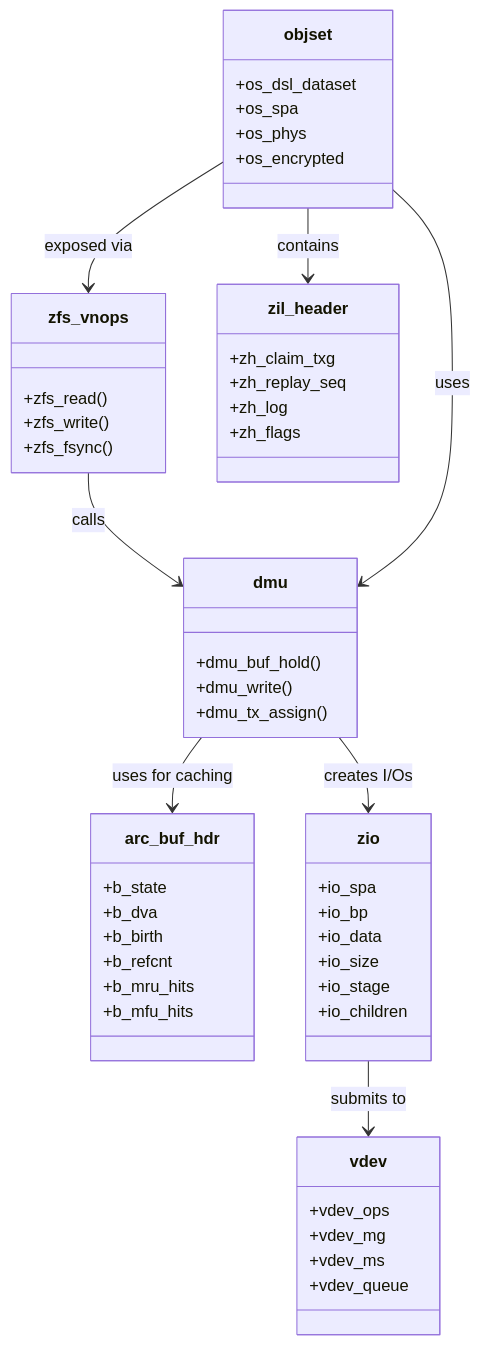
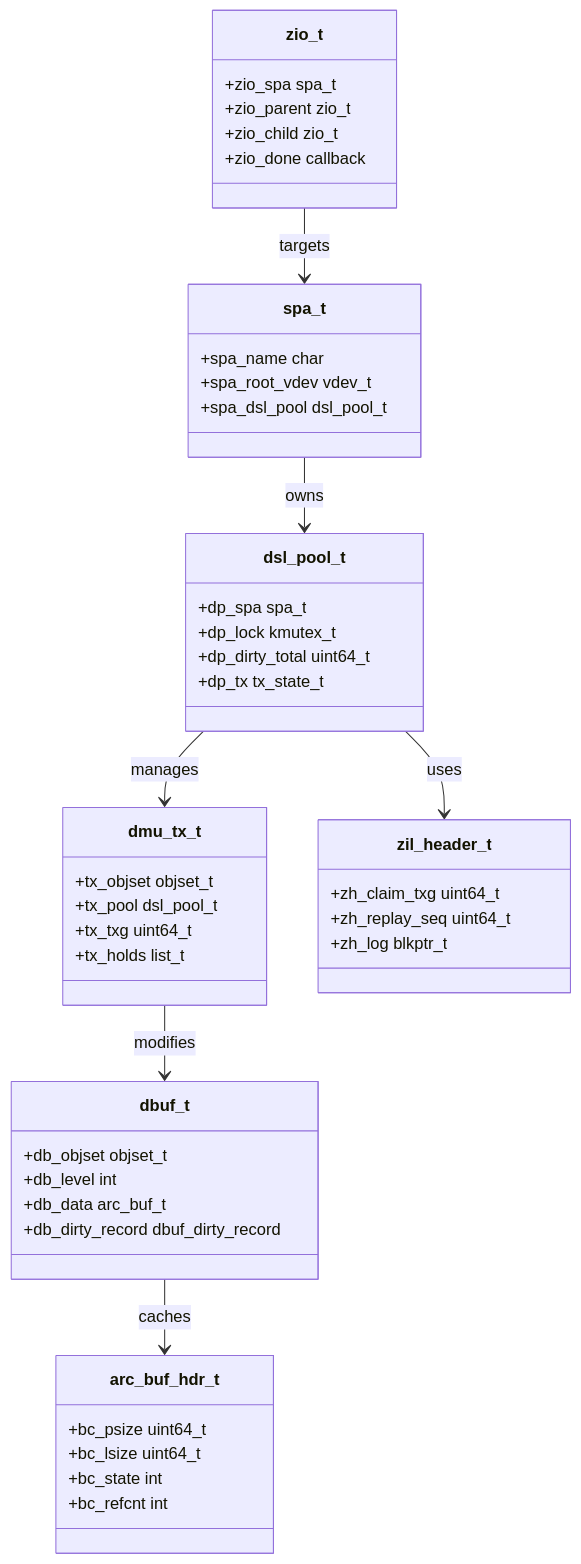
The diagram in sys/contrib/openzfs/README_freebsd.md (ocochard/freebsd-src), drawn with Mermaid before and after one commit. The commit also changed other lines of this file and 25 other files, not shown here.

````diff
--- a/sys/contrib/openzfs/README_freebsd.md
+++ b/sys/contrib/openzfs/README_freebsd.md
@@ -283,61 +113,49 @@
 ```mermaid
 classDiagram
-    class zfs_vnops {
-        +zfs_read()
-        +zfs_write()
-        +zfs_fsync()
-    }
-
-    class dmu {
-        +dmu_buf_hold()
-        +dmu_write()
-        +dmu_tx_assign()
-    }
-
-    class arc_buf_hdr {
-        +b_state
-        +b_dva
-        +b_birth
-        +b_refcnt
-        +b_mru_hits
-        +b_mfu_hits
-    }
-
-    class zio {
-        +io_spa
-        +io_bp
-        +io_data
-        +io_size
-        +io_stage
-        +io_children
-    }
-
-    class vdev {
-        +vdev_ops
-        +vdev_mg
-        +vdev_ms
-        +vdev_queue
-    }
-
-    class zil_header {
-        +zh_claim_txg
-        +zh_replay_seq
-        +zh_log
-        +zh_flags
-    }
-
-    class objset {
-        +os_dsl_dataset
-        +os_spa
-        +os_phys
-        +os_encrypted
-    }
-
-    zfs_vnops --> dmu : calls
-    dmu --> arc_buf_hdr : uses for caching
-    dmu --> zio : creates I/Os
-    zio --> vdev : submits to
-    objset --> zil_header : contains
-    objset --> dmu : uses
-    objset --> zfs_vnops : exposed via
+  class spa_t {
+    +spa_name char
+    +spa_root_vdev vdev_t
+    +spa_dsl_pool dsl_pool_t
+  }
+  class dsl_pool_t {
+    +dp_spa spa_t
+    +dp_lock kmutex_t
+    +dp_dirty_total uint64_t
+    +dp_tx tx_state_t
+  }
+  class dmu_tx_t {
+    +tx_objset objset_t
+    +tx_pool dsl_pool_t
+    +tx_txg uint64_t
+    +tx_holds list_t
+  }
+  class dbuf_t {
+    +db_objset objset_t
+    +db_level int
+    +db_data arc_buf_t
+    +db_dirty_record dbuf_dirty_record
+  }
+  class zio_t {
+    +zio_spa spa_t
+    +zio_parent zio_t
+    +zio_child zio_t
+    +zio_done callback
+  }
+  class zil_header_t {
+    +zh_claim_txg uint64_t
+    +zh_replay_seq uint64_t
+    +zh_log blkptr_t
+  }
+  class arc_buf_hdr_t {
+    +bc_psize uint64_t
+    +bc_lsize uint64_t
+    +bc_state int
+    +bc_refcnt int
+  }
+  spa_t --> dsl_pool_t : owns
+  dsl_pool_t --> dmu_tx_t : manages
+  dmu_tx_t --> dbuf_t : modifies
+  dbuf_t --> arc_buf_hdr_t : caches
+  zio_t --> spa_t : targets
+  dsl_pool_t --> zil_header_t : uses
 ```
````
